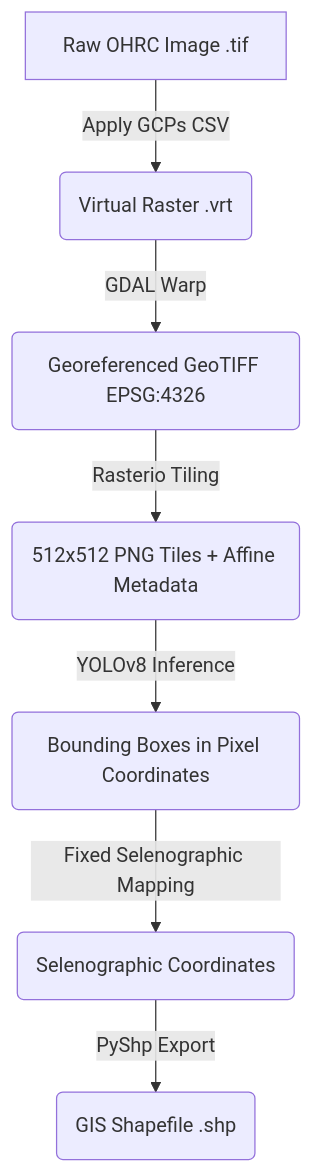
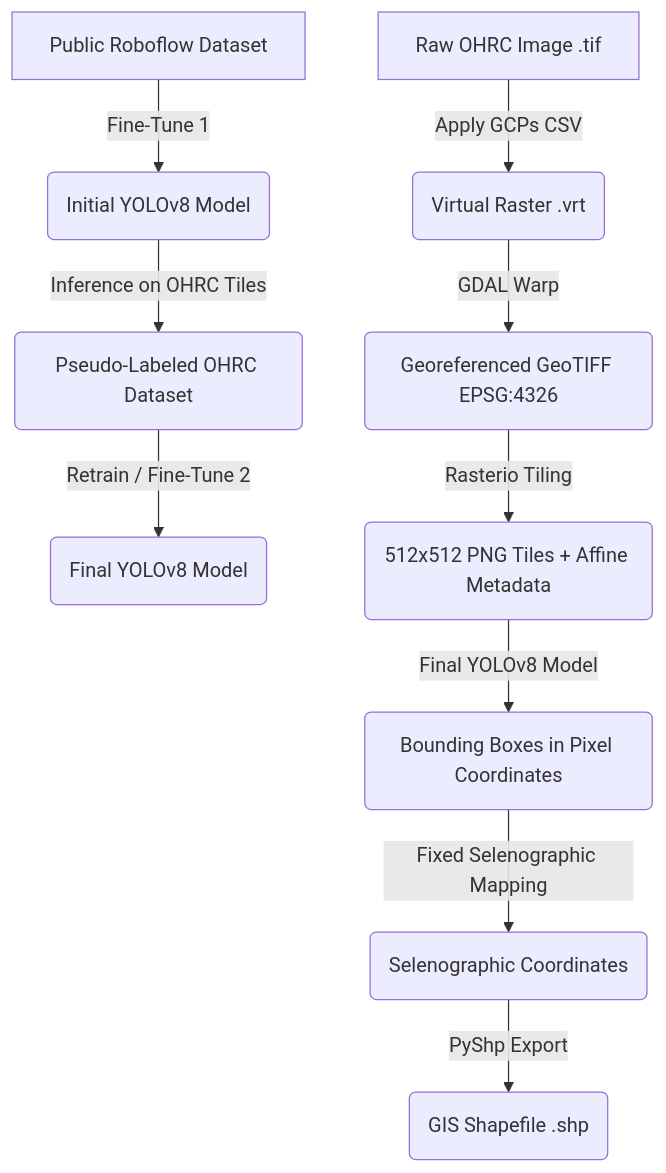
Before and after one commit to Anshit132/lunar-crater-detection: the diagram in README.md, drawn with Mermaid. The commit also changed other lines of this file, not shown here.

````diff
--- a/README.md
+++ b/README.md
@@ -21,9 +21,12 @@
 ```mermaid
 graph TD
-    A[Raw OHRC Image .tif] -->|Apply GCPs CSV| B(Virtual Raster .vrt)
-    B -->|GDAL Warp| C(Georeferenced GeoTIFF EPSG:4326)
-    C -->|Rasterio Tiling| D(512x512 PNG Tiles + Affine Metadata)
-    D -->|YOLOv8 Inference| E(Bounding Boxes in Pixel Coordinates)
-    E -->|Fixed Selenographic Mapping| F(Selenographic Coordinates)
-    F -->|PyShp Export| G(GIS Shapefile .shp)
+    A[Public Roboflow Dataset] -->|Fine-Tune 1| B(Initial YOLOv8 Model)
+    B -->|Inference on OHRC Tiles| C(Pseudo-Labeled OHRC Dataset)
+    C -->|Retrain / Fine-Tune 2| D(Final YOLOv8 Model)
+    E[Raw OHRC Image .tif] -->|Apply GCPs CSV| F(Virtual Raster .vrt)
+    F -->|GDAL Warp| G(Georeferenced GeoTIFF EPSG:4326)
+    G -->|Rasterio Tiling| H(512x512 PNG Tiles + Affine Metadata)
+    H -->|Final YOLOv8 Model| I(Bounding Boxes in Pixel Coordinates)
+    I -->|Fixed Selenographic Mapping| J(Selenographic Coordinates)
+    J -->|PyShp Export| K(GIS Shapefile .shp)
 ```
````
